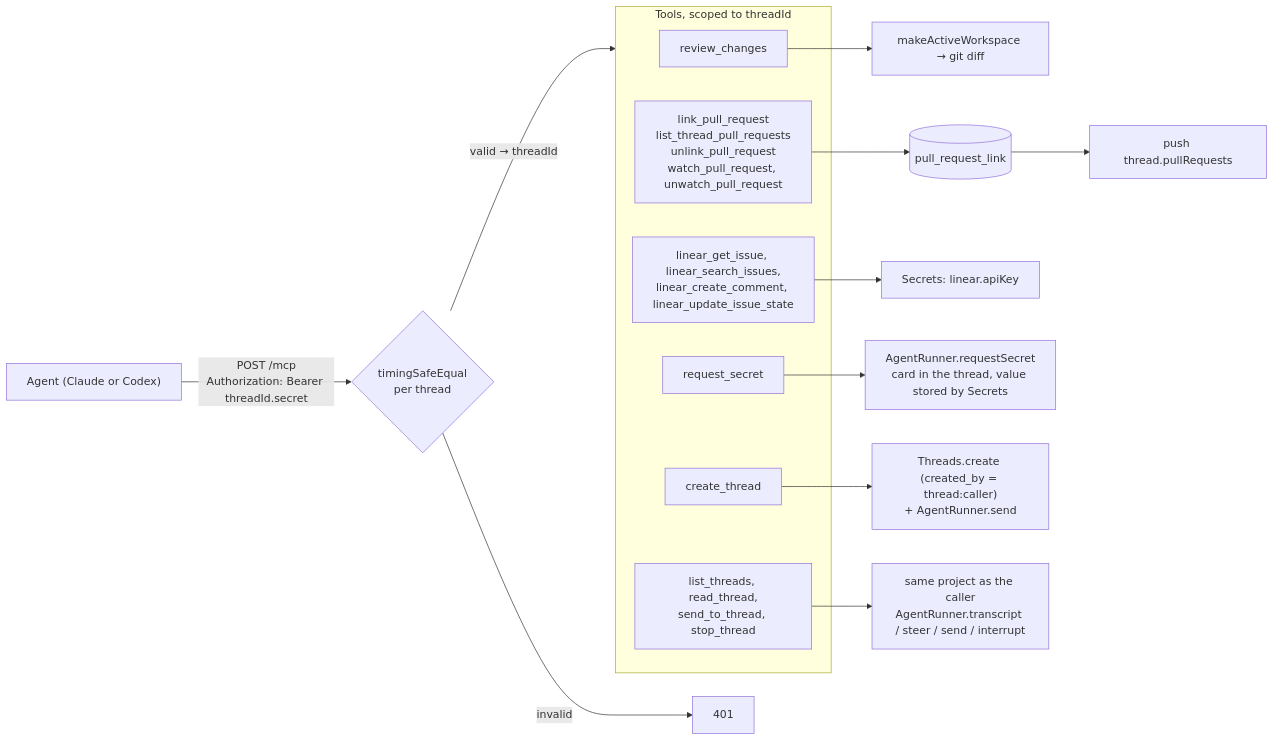
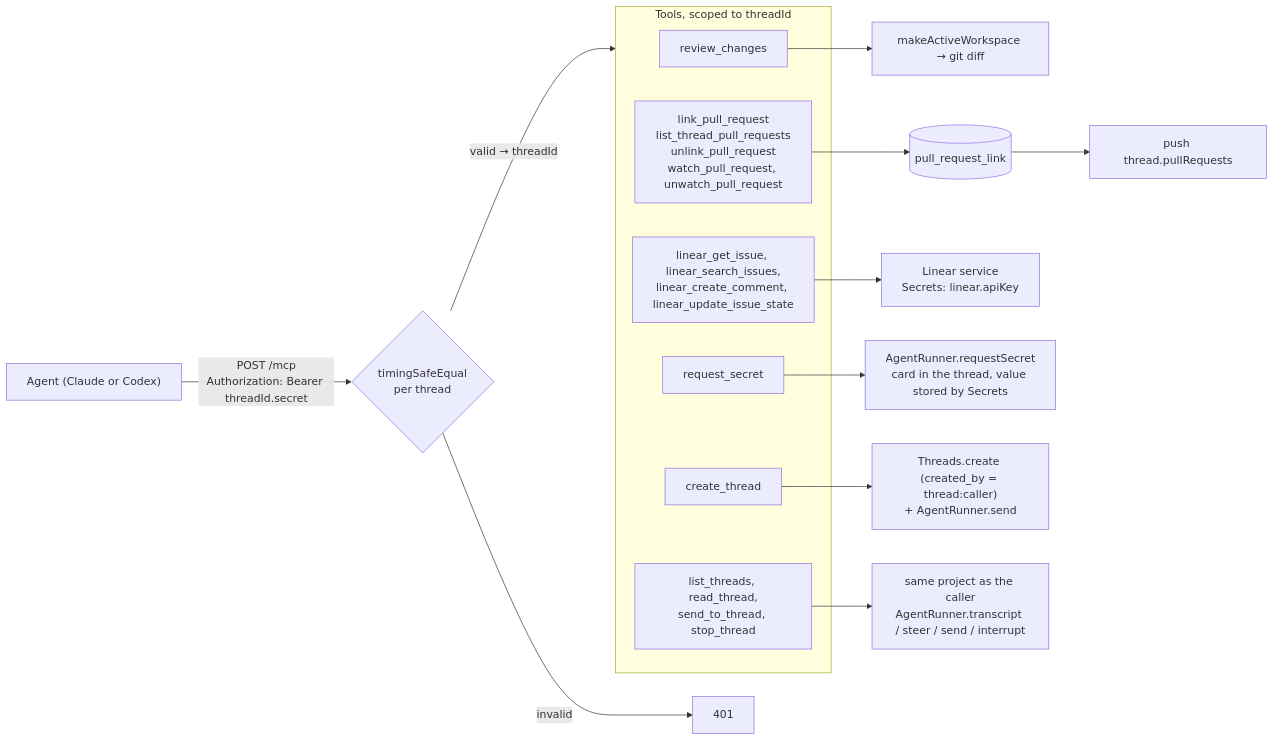
Diagram 15 of 17 in docs/arch.md (hinadev-ai/hinacode), drawn with Mermaid before and after one commit. The commit also changed other lines of this file and 3 other files, not shown here.

Commit message:
docs(arch): route Linear through one service

````diff
--- a/docs/arch.md
+++ b/docs/arch.md
@@ -528,20 +530,20 @@
 ```mermaid
 flowchart LR
   agent["Agent (Claude or Codex)"] -- "POST /mcp<br/>Authorization: Bearer threadId.secret" --> auth{"timingSafeEqual<br/>per thread"}
   auth -- "valid → threadId" --> tools
   auth -- invalid --> deny["401"]
   subgraph tools["Tools, scoped to threadId"]
     review["review_changes"]
     prs["link_pull_request<br/>list_thread_pull_requests<br/>unlink_pull_request<br/>watch_pull_request, unwatch_pull_request"]
     linear["linear_get_issue, linear_search_issues,<br/>linear_create_comment, linear_update_issue_state"]
     secret["request_secret"]
     create["create_thread"]
     control["list_threads, read_thread,<br/>send_to_thread, stop_thread"]
   end
   review --> ws["makeActiveWorkspace → git diff"]
   prs --> db[("pull_request_link")] --> push["push thread.pullRequests"]
-  linear --> apikey["Secrets: linear.apiKey"]
+  linear --> apikey["Linear service<br/>Secrets: linear.apiKey"]
   secret --> runner["AgentRunner.requestSecret<br/>card in the thread, value stored by Secrets"]
   create --> threads["Threads.create (created_by = thread:caller)<br/>+ AgentRunner.send"]
   control --> scope["same project as the caller<br/>AgentRunner.transcript / steer / send / interrupt"]
 ```
````
